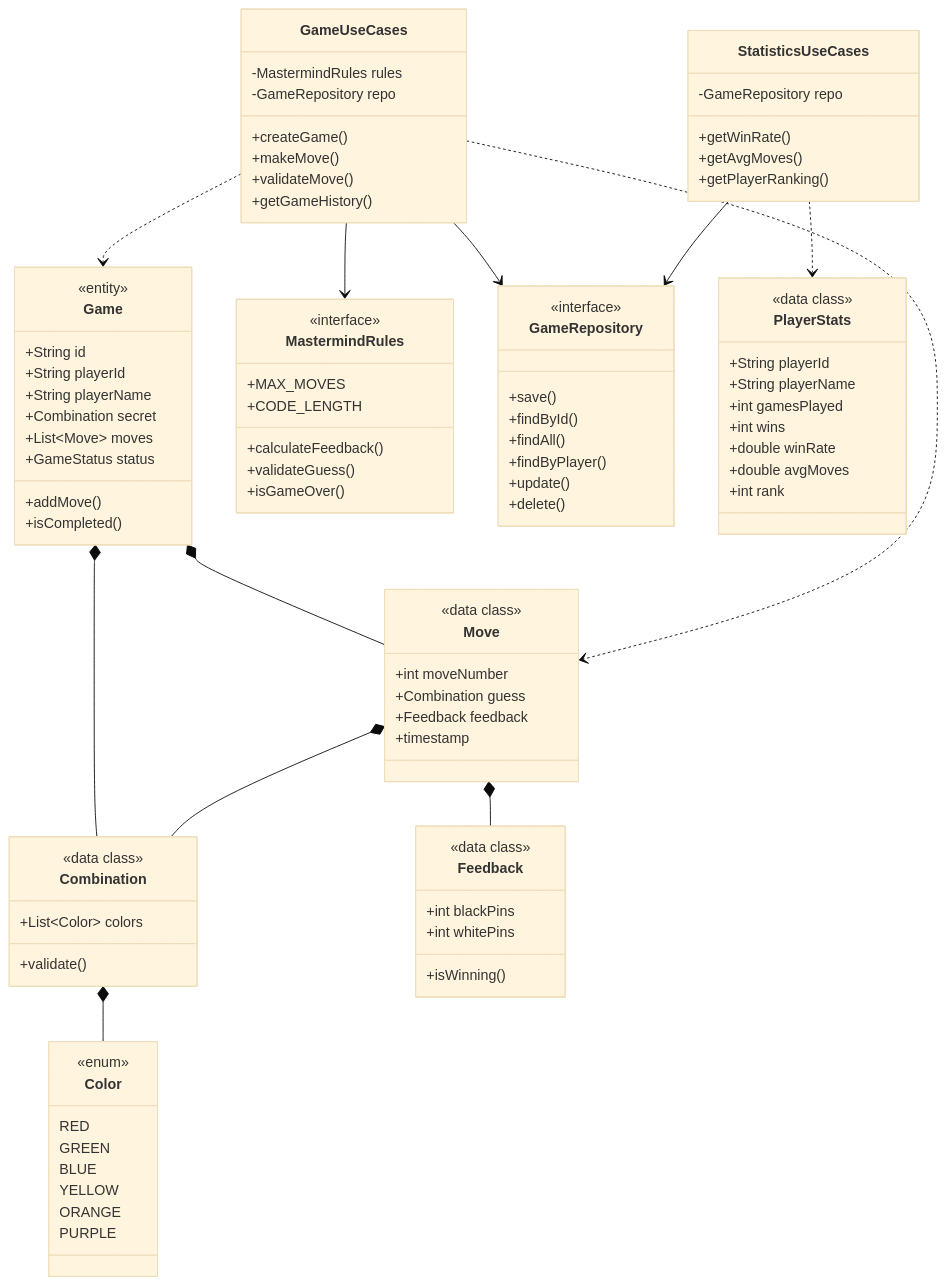
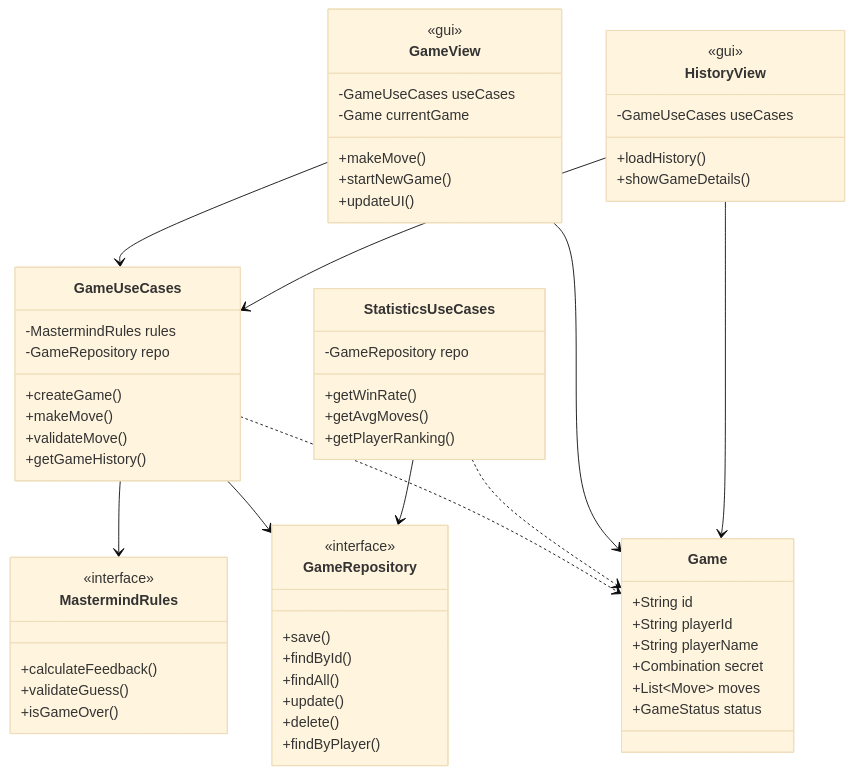
Before and after one commit to Andrew2114/kotlin-s_game: the first of 3 diagrams in docs/Update Architecture.md, drawn with Mermaid (base theme). The commit also changed other lines of this file, not shown here.

Commit message:
Realize the Database, add some files and update their, and update class diagram

````diff
--- a/docs/Update Architecture.md
+++ b/docs/Update Architecture.md
@@ -7,58 +14,23 @@
 classDiagram
     direction TB
     
-    %% ============ DOMAIN ENTITIES ============
-    class Color {
-        <<enum>>
-        RED
-        GREEN
-        BLUE
-        YELLOW
-        ORANGE
-        PURPLE
-    }
-    
-    class Combination {
-        <<data class>>
-        +List~Color~ colors
-        +validate()
-    }
-    
-    class Feedback {
-        <<data class>>
-        +int blackPins
-        +int whitePins
-        +isWinning()
-    }
-    
-    class Move {
-        <<data class>>
-        +int moveNumber
-        +Combination guess
-        +Feedback feedback
-        +timestamp
-    }
-    
+    %% DOMAIN MODELS
     class Game {
-        <<entity>>
         +String id
         +String playerId
         +String playerName
         +Combination secret
         +List~Move~ moves
         +GameStatus status
-        +addMove()
-        +isCompleted()
     }
     
-    %% ============ INTERFACES ============
+    
+    %% DOMAIN INTERFACES
     class MastermindRules {
         <<interface>>
         +calculateFeedback()
         +validateGuess()
         +isGameOver()
-        +MAX_MOVES
-        +CODE_LENGTH
     }
     
     class GameRepository {
@@ -66,12 +38,12 @@
         +save()
         +findById()
         +findAll()
-        +findByPlayer()
         +update()
         +delete()
+        +findByPlayer()
     }
     
-    %% ============ USE CASES ============
+    %% APPLICATION USE CASES
     class GameUseCases {
         -MastermindRules rules
         -GameRepository repo
@@ -88,30 +60,33 @@
         +getPlayerRanking()
     }
     
-    %% ============ DTO ============
-    class PlayerStats {
-        <<data class>>
-        +String playerId
-        +String playerName
-        +int gamesPlayed
-        +int wins
-        +double winRate
-        +double avgMoves
-        +int rank
+    %% GUI VIEWS
+    class GameView {
+        <<gui>>
+        -GameUseCases useCases
+        -Game currentGame
+        +makeMove()
+        +startNewGame()
+        +updateUI()
     }
     
-    %% ============ СВЯЗИ ============
-    Combination *-- Color
-    Game *-- Move
-    Game *-- Combination
-    Move *-- Combination
-    Move *-- Feedback
+    class HistoryView {
+        <<gui>>
+        -GameUseCases useCases
+        +loadHistory()
+        +showGameDetails()
+    }
     
+    %% СВЯЗИ   
     GameUseCases --> MastermindRules
     GameUseCases --> GameRepository
     GameUseCases ..> Game
-    GameUseCases ..> Move
     
     StatisticsUseCases --> GameRepository
-    StatisticsUseCases ..> PlayerStats
+    StatisticsUseCases ..> Game
+    
+    GameView --> GameUseCases
+    GameView --> Game
+    HistoryView --> GameUseCases
+    HistoryView --> Game
 ```
````
